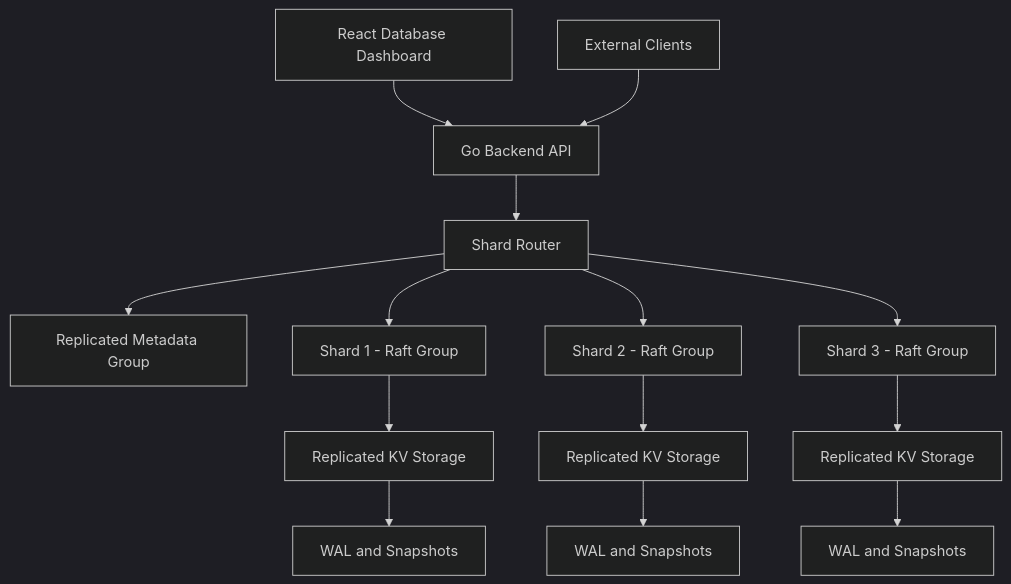
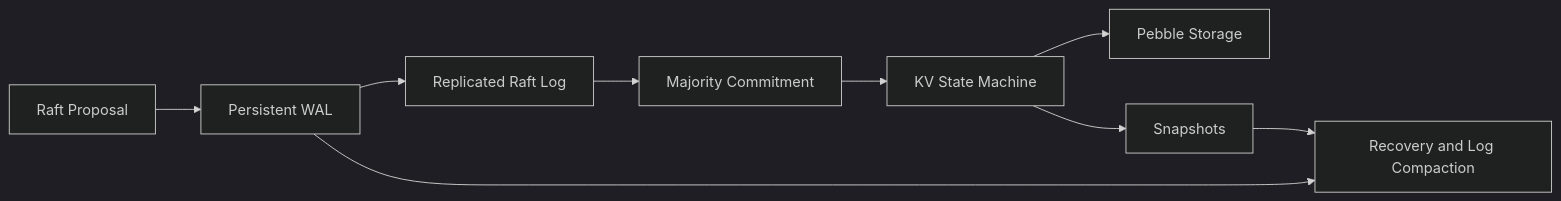
One commit to KrishShah1912/ShardRAFT changed the fifth of 8 diagrams in README.md. Above: the diagram before and after it, drawn with Mermaid (dark theme). The commit also changed other lines of this file, not shown here.

Commit message:
docs: update README with complete ShardRAFT implementation (#27)

````diff
--- a/README.md
+++ b/README.md
@@ -887,21 +451,11 @@
 ```mermaid
-flowchart TD
-    UI[React Database Dashboard] --> API[Go Backend API]
-    CLIENT[External Clients] --> API
-
-    API --> ROUTER[Shard Router]
-
-    ROUTER --> META[Replicated Metadata Group]
-
-    ROUTER --> S1[Shard 1 - Raft Group]
-    ROUTER --> S2[Shard 2 - Raft Group]
-    ROUTER --> S3[Shard 3 - Raft Group]
-
-    S1 --> DB1[Replicated KV Storage]
-    S2 --> DB2[Replicated KV Storage]
-    S3 --> DB3[Replicated KV Storage]
-
-    DB1 --> WAL1[WAL and Snapshots]
-    DB2 --> WAL2[WAL and Snapshots]
-    DB3 --> WAL3[WAL and Snapshots]
+flowchart LR
+    A[Raft Proposal] --> B[Persistent WAL]
+    B --> C[Replicated Raft Log]
+    C --> D[Majority Commitment]
+    D --> E[KV State Machine]
+    E --> F[Pebble Storage]
+    E --> G[Snapshots]
+    G --> H[Recovery and Log Compaction]
+    B --> H
 ```
````
